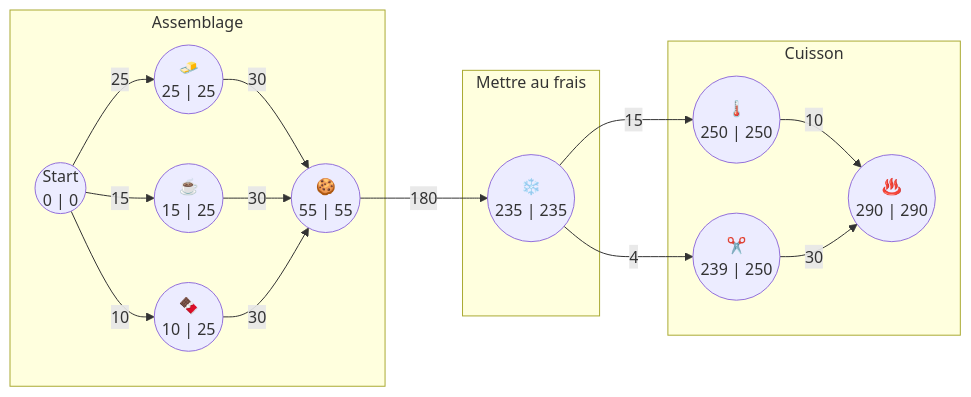
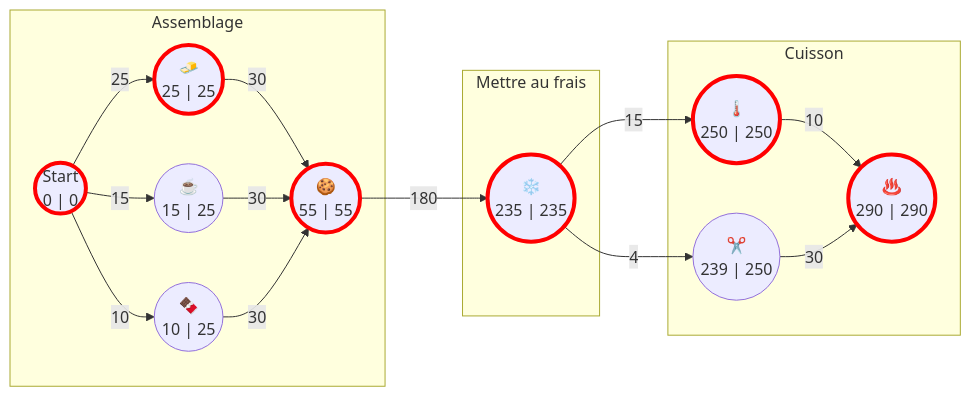
Before and after one commit to malnoe/TpGestionProjet: the fourth of 5 diagrams in README.md, drawn with Mermaid.

Commit message:
Chemin critique

````diff
--- a/README.md
+++ b/README.md
@@ -146,38 +146,44 @@
 ```mermaid
 graph LR
     X(("`Start
     0 | 0`"))
+    style X stroke:red,stroke-width:4px
     A(("`🧈 
     25 | 25`"))
+    style A stroke:red,stroke-width:4px
     B(("`🍪 
     55 | 55`"))
+    style B stroke:red,stroke-width:4px
     C(("`☕ 
     15 | 25`"))
     D(("`🍫 
     10 | 25`"))
     E(("`❄️ 
     235 | 235`"))
+    style E stroke:red,stroke-width:4px
     F(("`🌡️ 
     250 | 250`"))
+    style F stroke:red,stroke-width:4px
     G(("`✂️ 
     239 | 250`"))
     H(("`♨️ 
     290 | 290`"))
+    style H stroke:red,stroke-width:4px
     subgraph Assemblage
     X -- 25 --> A
     X -- 15 --> C
     X -- 10 --> D
     A -- 30 --> B
     C -- 30 --> B
     D -- 30 --> B
     end
     subgraph Mettre au frais
     B -- 180 --> E
     end
     subgraph Cuisson
     E -- 15 --> F
     E -- 4 --> G
     F -- 10 --> H
     G -- 30 --> H
     end
 ```
````
